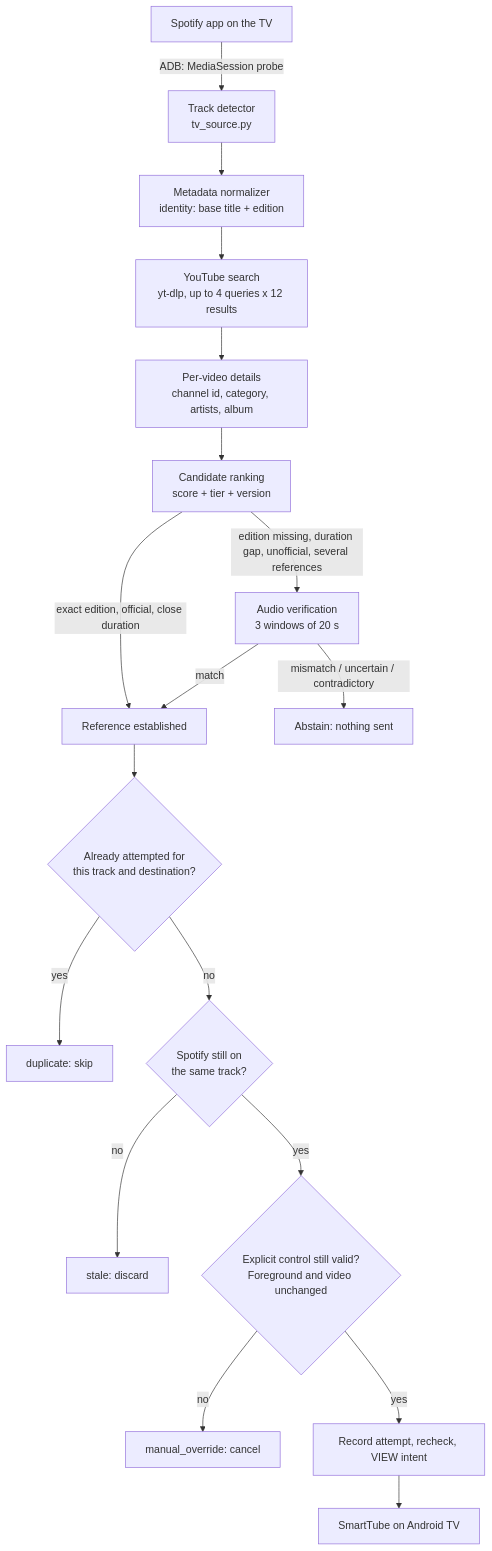
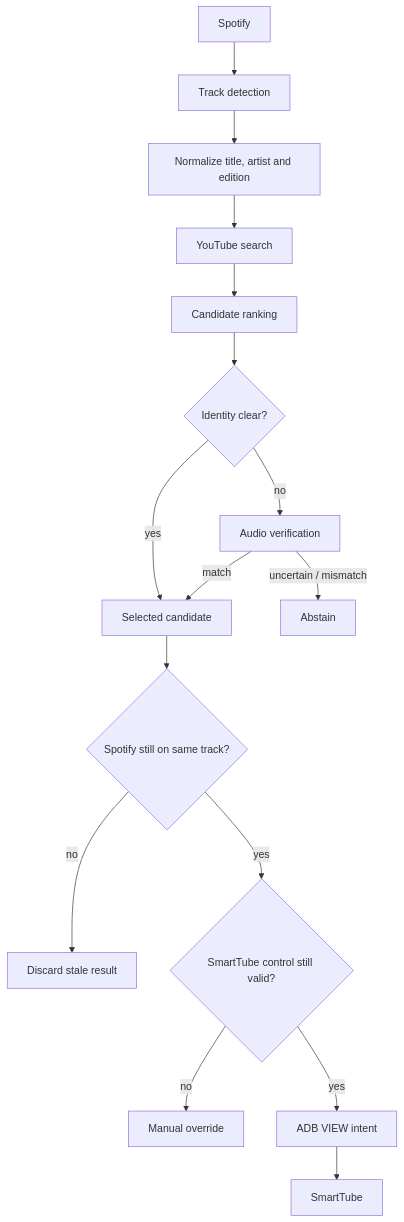
One commit to searadacunha/Spotify-With-Youtube changed the diagram in README.md. Above: the diagram before and after it, drawn with Mermaid. The commit also changed other lines of this file, not shown here.

````diff
--- a/README.md
+++ b/README.md
@@ -189,20 +314,18 @@
 ```mermaid
 flowchart TD
-    S[Spotify app on the TV] -->|ADB: MediaSession probe| D[Track detector<br/>tv_source.py]
-    D --> N[Metadata normalizer<br/>identity: base title + edition]
-    N --> Y[YouTube search<br/>yt-dlp, up to 4 queries x 12 results]
-    Y --> P[Per-video details<br/>channel id, category, artists, album]
-    P --> R[Candidate ranking<br/>score + tier + version]
-    R -->|exact edition, official, close duration| OK[Reference established]
-    R -->|edition missing, duration gap, unofficial, several references| A[Audio verification<br/>3 windows of 20 s]
-    A -->|match| OK
-    A -->|mismatch / uncertain / contradictory| X[Abstain: nothing sent]
-    OK --> C{Already attempted for<br/>this track and destination?}
-    C -->|yes| DUP[duplicate: skip]
-    C -->|no| ST{Spotify still on<br/>the same track?}
-    ST -->|no| STALE[stale: discard]
-    ST -->|yes| G{Explicit control still valid?<br/>Foreground and video unchanged}
-    G -->|no| M[manual_override: cancel]
-    G -->|yes| I[Record attempt, recheck, VIEW intent]
-    I --> T[SmartTube on Android TV]
+    S[Spotify] --> D[Track detection]
+    D --> N[Normalize title, artist and edition]
+    N --> Y[YouTube search]
+    Y --> R[Candidate ranking]
+    R --> A{Identity clear?}
+    A -->|yes| V[Selected candidate]
+    A -->|no| C[Audio verification]
+    C -->|match| V
+    C -->|uncertain / mismatch| X[Abstain]
+    V --> ST{Spotify still on same track?}
+    ST -->|no| stale[Discard stale result]
+    ST -->|yes| G{SmartTube control still valid?}
+    G -->|no| M[Manual override]
+    G -->|yes| I[ADB VIEW intent]
+    I --> TV[SmartTube]
 ```
````
